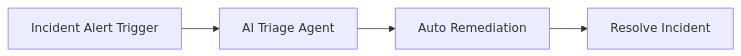
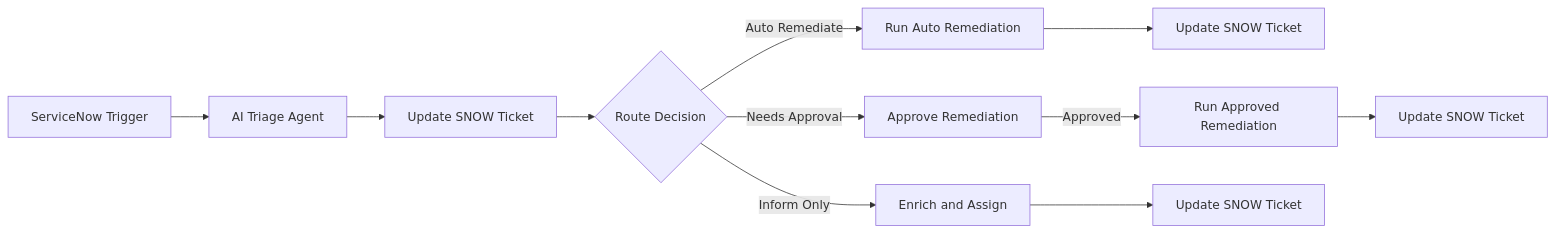
One commit to abwalczyk/aap-orchestrator-demos changed the diagram in ticket-enrichment/README.md. Above: the diagram before and after it, drawn with Mermaid. The commit also changed other lines of this file and 14 other files, not shown here.

````diff
--- a/ticket-enrichment/README.md
+++ b/ticket-enrichment/README.md
@@ -17,6 +15,13 @@
 ```mermaid
 flowchart LR
-  A[Incident Alert Trigger] --> B[AI Triage Agent]
-  B --> C[Auto Remediation]
-  C --> D[Resolve Incident]
+  A[ServiceNow Trigger] --> B[AI Triage Agent]
+  B --> B1[Update SNOW Ticket]
+  B1 --> C{Route Decision}
+  C -->|Auto Remediate| D1[Run Auto Remediation]
+  D1 --> D2[Update SNOW Ticket]
+  C -->|Needs Approval| E0[Approve Remediation]
+  E0 -->|Approved| E1[Run Approved Remediation]
+  E1 --> E2[Update SNOW Ticket]
+  C -->|Inform Only| F1[Enrich and Assign]
+  F1 --> F2[Update SNOW Ticket]
 ```
````
